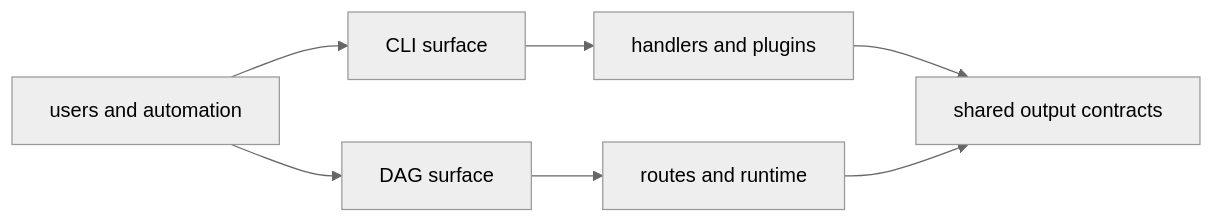
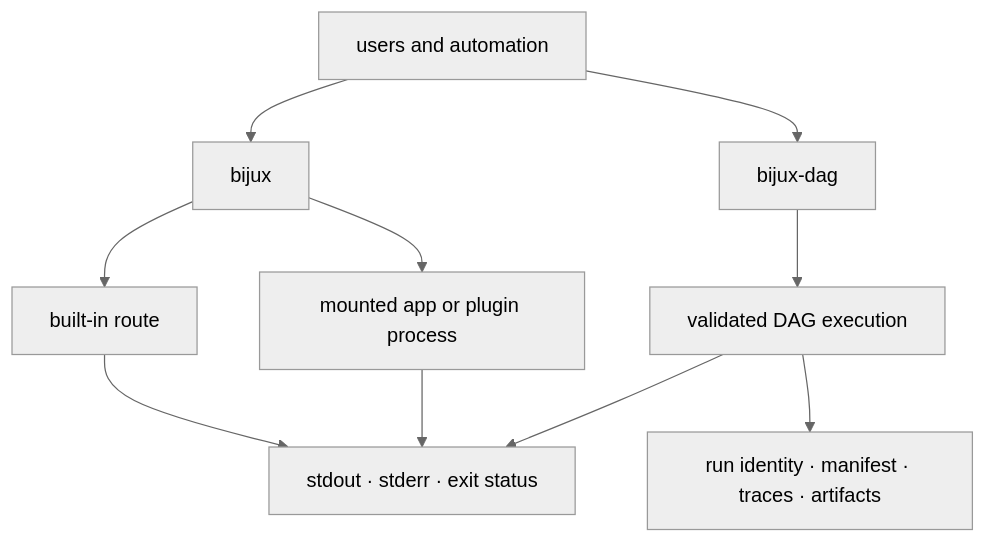
The diagram in docs/bijux-core/architecture/runtime-surfaces.md (bijux/bijux-cli), drawn with Mermaid (neutral theme) before and after one commit. The commit also changed other lines of this file and 2 other files, not shown here.

````diff
--- a/docs/bijux-core/architecture/runtime-surfaces.md
+++ b/docs/bijux-core/architecture/runtime-surfaces.md
@@ -25,9 +25,18 @@
 ```mermaid
-flowchart LR
-    user["users and automation"] --> cli["CLI surface"]
-    user --> dag["DAG surface"]
-    cli --> handlers["handlers and plugins"]
-    dag --> engine["routes and runtime"]
-    handlers --> contracts["shared output contracts"]
-    engine --> contracts
+flowchart TB
+    user["users and automation"]
+    cli["bijux"]
+    dag["bijux-dag"]
+    builtin["built-in route"]
+    plugin["mounted app or plugin process"]
+    engine["validated DAG execution"]
+    streams["stdout · stderr · exit status"]
+    run["run identity · manifest · traces · artifacts"]
+
+    user --> cli
+    user --> dag
+    cli --> builtin --> streams
+    cli --> plugin --> streams
+    dag --> engine --> streams
+    engine --> run
 ```
````
